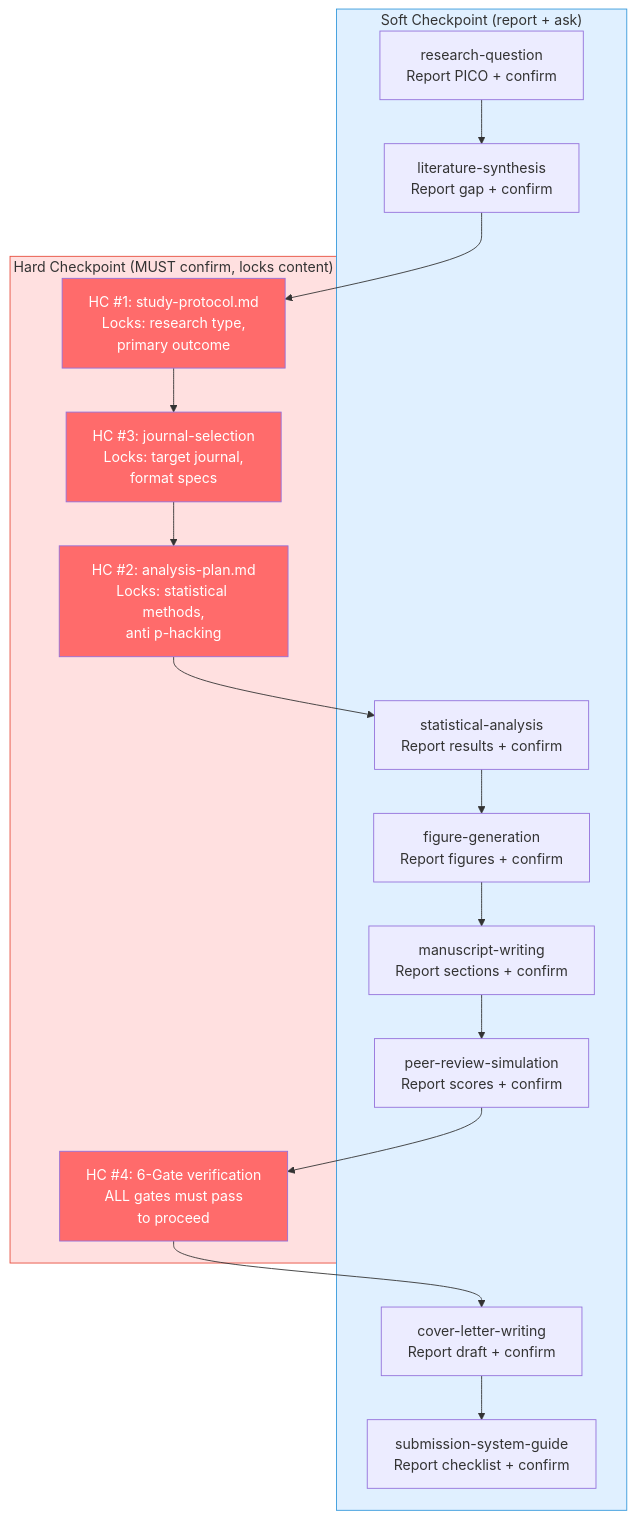
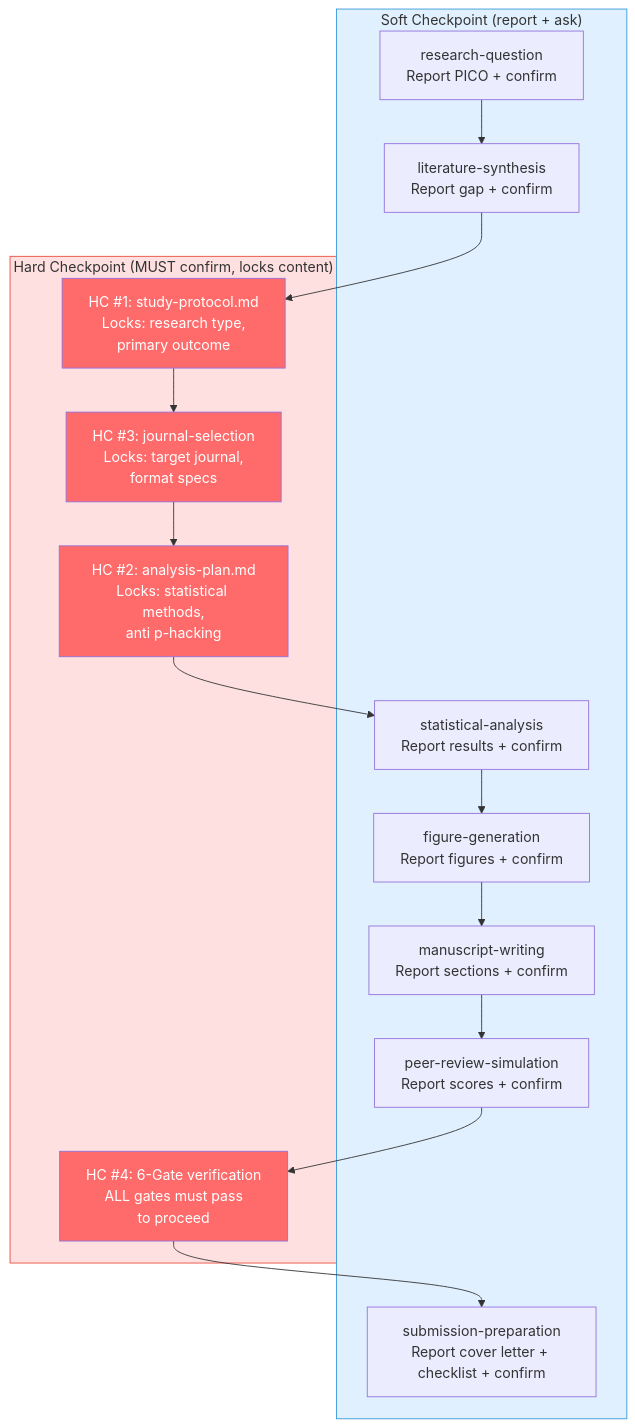
The sixth of 8 diagrams in docs/architecture.md (Stefansong/med-research-powers), drawn with Mermaid before and after one commit. The commit also changed other lines of this file and 68 other files, not shown here.

````diff
--- a/docs/architecture.md
+++ b/docs/architecture.md
@@ -221,32 +220,31 @@
 ```mermaid
 flowchart TD
     subgraph SOFT["Soft Checkpoint (report + ask)"]
         S1["research-question<br/>Report PICO + confirm"]
         S2["literature-synthesis<br/>Report gap + confirm"]
         S3["statistical-analysis<br/>Report results + confirm"]
         S4["figure-generation<br/>Report figures + confirm"]
         S5["manuscript-writing<br/>Report sections + confirm"]
         S6["peer-review-simulation<br/>Report scores + confirm"]
-        S7["cover-letter-writing<br/>Report draft + confirm"]
-        S8["submission-system-guide<br/>Report checklist + confirm"]
+        S7["submission-preparation<br/>Report cover letter + checklist + confirm"]
     end
 
     subgraph HARD["Hard Checkpoint (MUST confirm, locks content)"]
         H1["HC #1: study-protocol.md<br/>Locks: research type,<br/>primary outcome"]
         H2["HC #2: analysis-plan.md<br/>Locks: statistical methods,<br/>anti p-hacking"]
         H3["HC #3: journal-selection<br/>Locks: target journal,<br/>format specs"]
         H4["HC #4: 6-Gate verification<br/>ALL gates must pass<br/>to proceed"]
     end
 
     S1 --> S2 --> H1
     H1 --> H3 --> H2
     H2 --> S3 --> S4 --> S5 --> S6 --> H4
-    H4 --> S7 --> S8
+    H4 --> S7
 
     style HARD fill:#ffe0e0,stroke:#e74c3c
     style SOFT fill:#e0f0ff,stroke:#3498db
     style H1 fill:#ff6b6b,color:#fff
     style H2 fill:#ff6b6b,color:#fff
     style H3 fill:#ff6b6b,color:#fff
     style H4 fill:#ff6b6b,color:#fff
 ```
````
